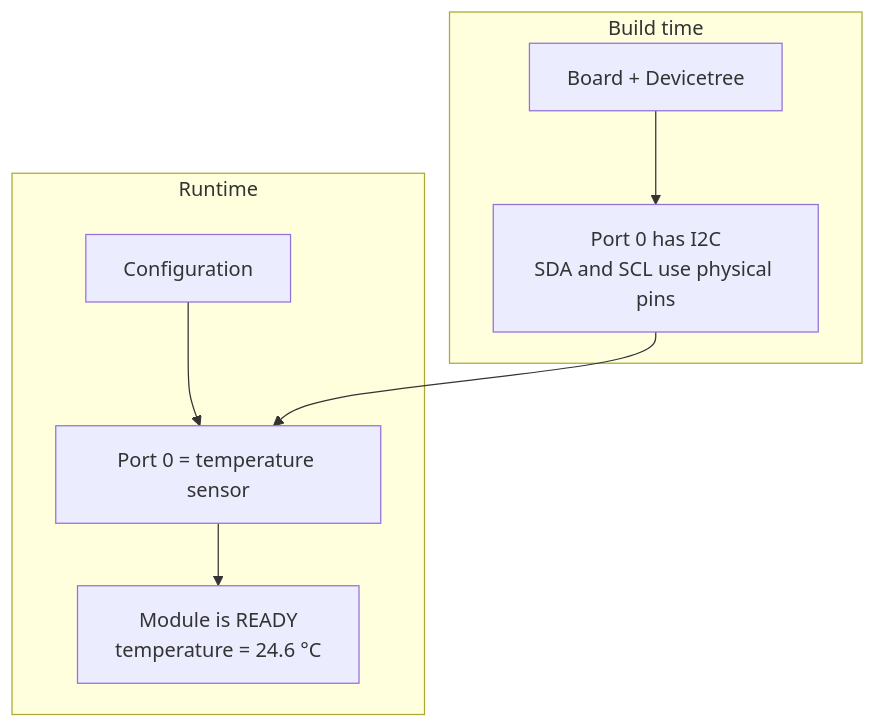
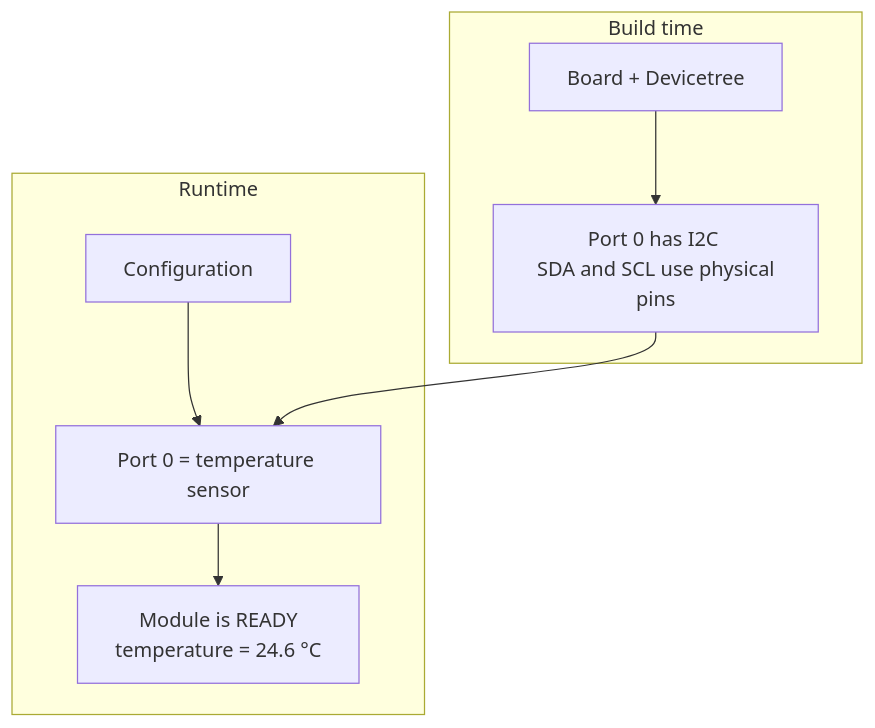
Before and after one commit to andreapiccini/SpaghettiLAB: the fourth of 17 diagrams in Firmware/core/ARCHITECTURE.md, drawn with Mermaid. The commit also changed other lines of this file and 3 other files, not shown here.

````diff
--- a/Firmware/core/ARCHITECTURE.md
+++ b/Firmware/core/ARCHITECTURE.md
@@ -134,17 +134,17 @@
 ```mermaid
 flowchart TB
     subgraph BUILD["Build time"]
         BOARD["Board + Devicetree"]
-        STATIC["Port 0 has I2C<br/>SDA and SCL use physical pins"]
+        STATIC["Port 0 has I2C <br/> SDA and SCL use physical pins"]
         BOARD --> STATIC
     end
 
     subgraph RUN["Runtime"]
         CONFIG["Configuration"]
         ASSIGN["Port 0 = temperature sensor"]
-        STATE["Module is READY<br/>temperature = 24.6 °C"]
+        STATE["Module is READY <br/> temperature = 24.6 °C"]
         CONFIG --> ASSIGN --> STATE
     end
 
     STATIC --> ASSIGN
 ```
````
